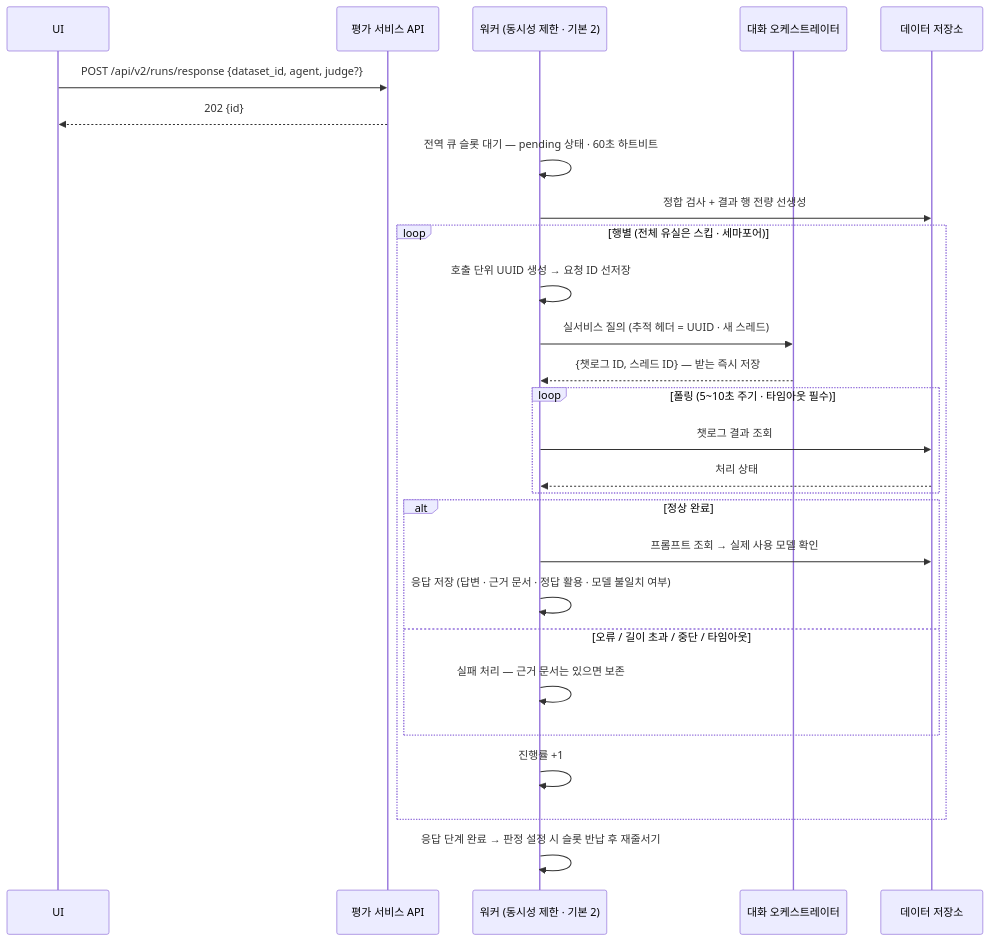
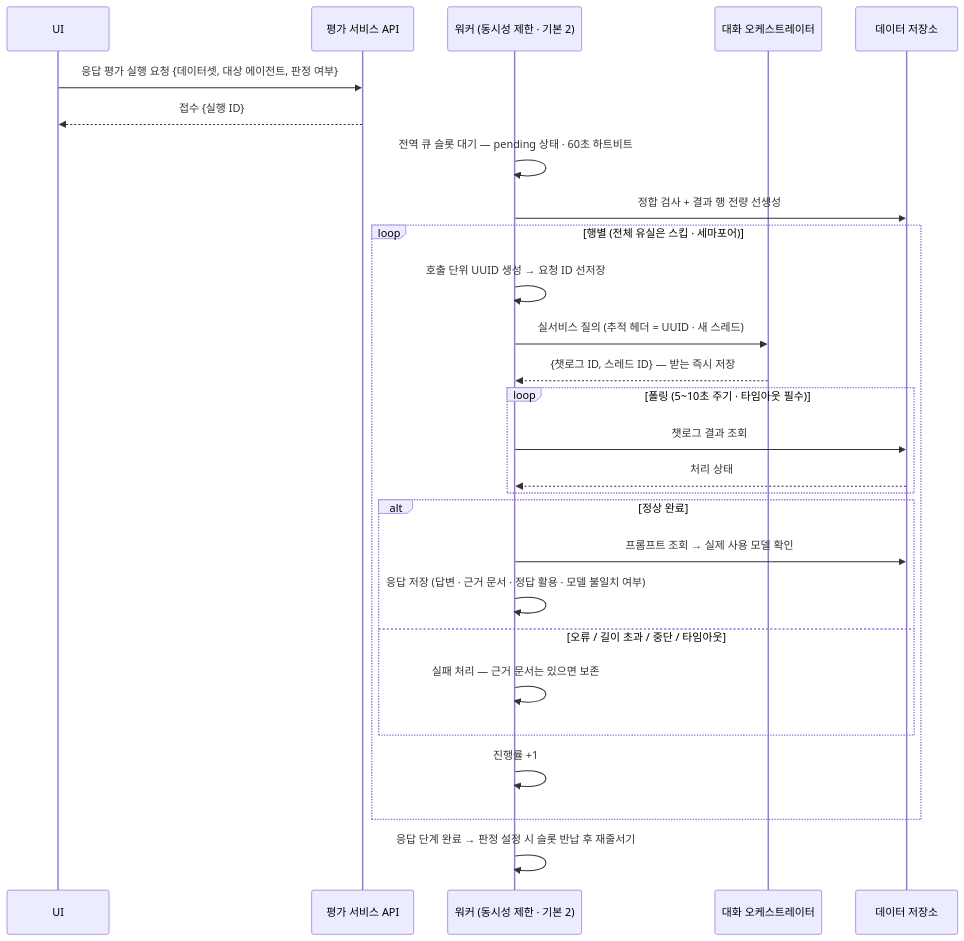
One commit to comsa33/porfolio-site changed the diagram in public/architecture/evaluator/response-run.mmd. Above: the diagram before and after it, drawn with Mermaid. The commit also changed 14 other files, not shown here.

First line of the commit message:
feat: harness architecture diagrams; strip internal API paths from diagrams

```diff
--- a/public/architecture/evaluator/response-run.mmd
+++ b/public/architecture/evaluator/response-run.mmd
@@ -1,27 +1,27 @@
 sequenceDiagram
     participant UI
     participant API as 평가 서비스 API
     participant Q as 워커 (동시성 제한 · 기본 2)
     participant AG as 대화 오케스트레이터
     participant DS as 데이터 저장소
-    UI->>API: POST /api/v2/runs/response {dataset_id, agent, judge?}
-    API-->>UI: 202 {id}
+    UI->>API: 응답 평가 실행 요청 {데이터셋, 대상 에이전트, 판정 여부}
+    API-->>UI: 접수 {실행 ID}
     Q->>Q: 전역 큐 슬롯 대기 — pending 상태 · 60초 하트비트
     Q->>DS: 정합 검사 + 결과 행 전량 선생성
     loop 행별 (전체 유실은 스킵 · 세마포어)
         Q->>Q: 호출 단위 UUID 생성 → 요청 ID 선저장
         Q->>AG: 실서비스 질의 (추적 헤더 = UUID · 새 스레드)
         AG-->>Q: {챗로그 ID, 스레드 ID} — 받는 즉시 저장
         loop 폴링 (5~10초 주기 · 타임아웃 필수)
             Q->>DS: 챗로그 결과 조회
             DS-->>Q: 처리 상태
         end
         alt 정상 완료
             Q->>DS: 프롬프트 조회 → 실제 사용 모델 확인
             Q->>Q: 응답 저장 (답변 · 근거 문서 · 정답 활용 · 모델 불일치 여부)
         else 오류 / 길이 초과 / 중단 / 타임아웃
             Q->>Q: 실패 처리 — 근거 문서는 있으면 보존
         end
         Q->>Q: 진행률 +1
     end
     Q->>Q: 응답 단계 완료 → 판정 설정 시 슬롯 반납 후 재줄서기
```
